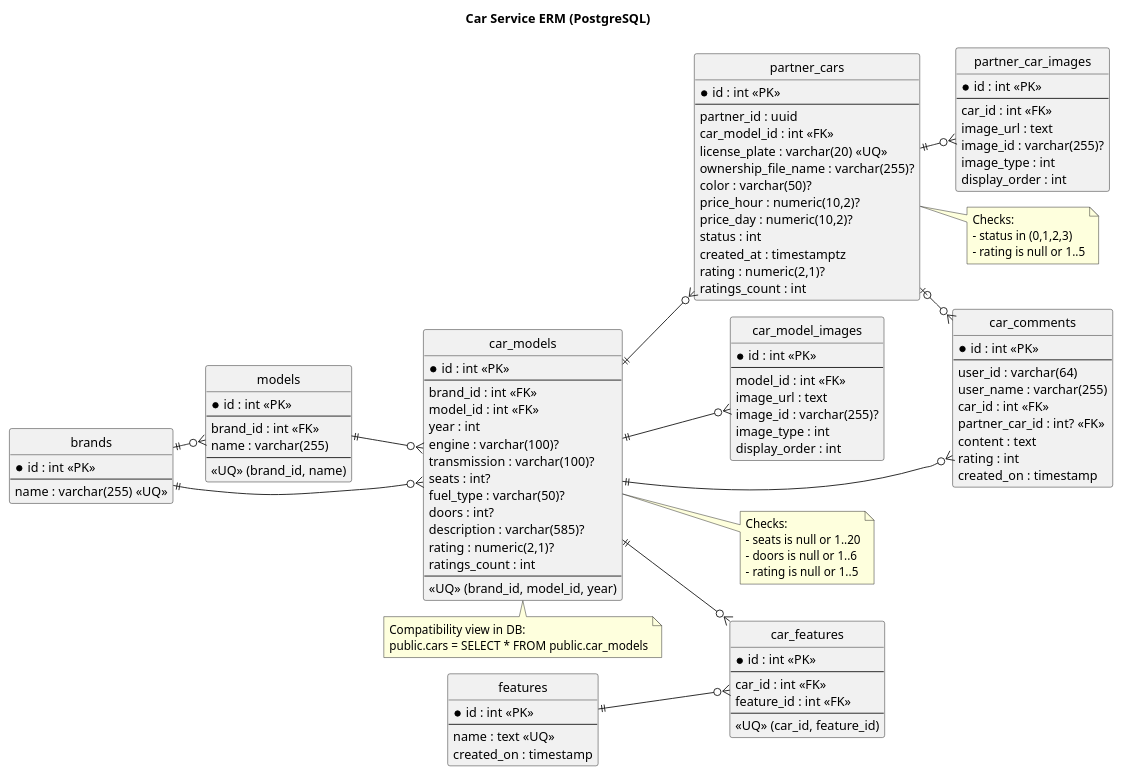
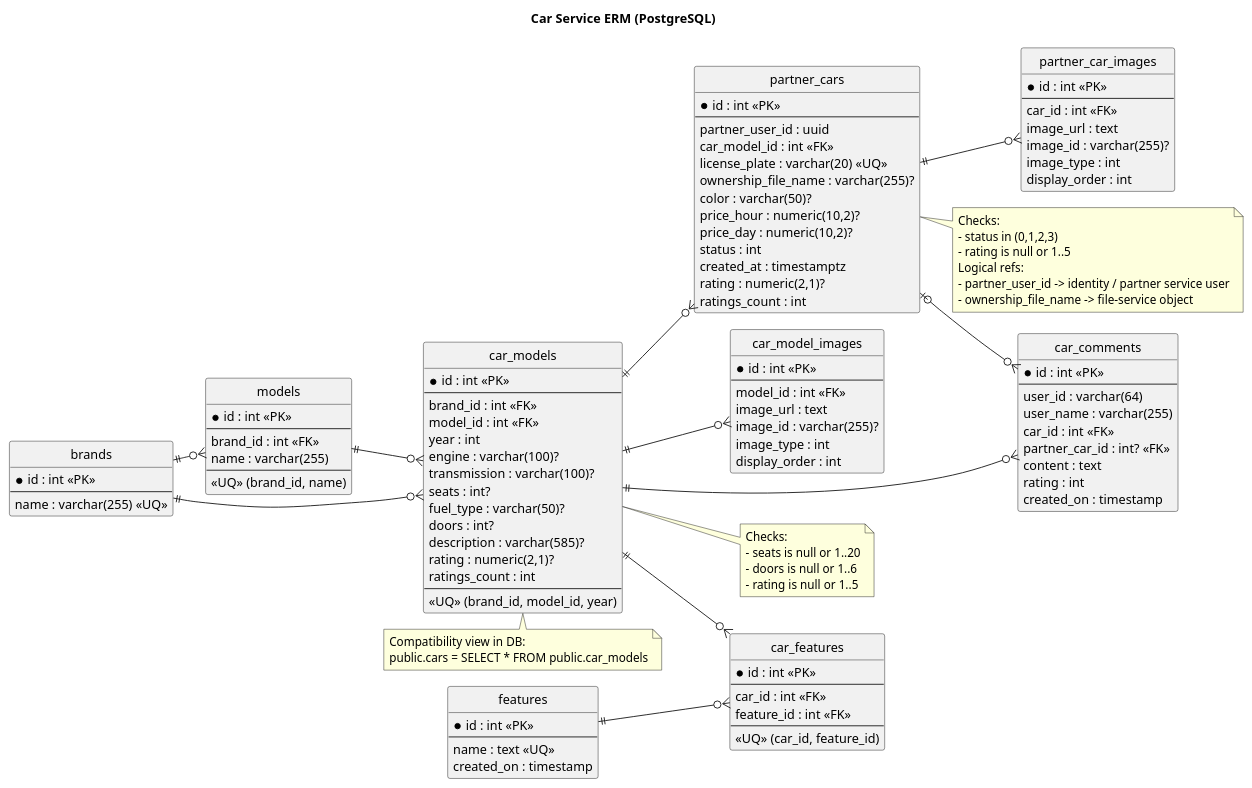
One commit to Autorent-Project-2025/kbtu-diploma-project-2026 changed the diagram in backend/external/car-service/docs/car-service-erm.puml. Above: the diagram before and after it, drawn with PlantUML. The commit also changed 22 other files, not shown here.

```diff
--- a/backend/external/car-service/docs/car-service-erm.puml
+++ b/backend/external/car-service/docs/car-service-erm.puml
@@ -1,139 +1,142 @@
 @startuml
 !pragma layout smetana
 
 left to right direction
 hide circle
 skinparam shadowing false
 skinparam linetype ortho
 skinparam packageStyle rectangle
 skinparam defaultFontName Consolas
 
 title Car Service ERM (PostgreSQL)
 
 entity "brands" as brands {
   *id : int <<PK>>
   --
   name : varchar(255) <<UQ>>
 }
 
 entity "models" as models {
   *id : int <<PK>>
   --
   brand_id : int <<FK>>
   name : varchar(255)
   --
   <<UQ>> (brand_id, name)
 }
 
 entity "car_models" as car_models {
   *id : int <<PK>>
   --
   brand_id : int <<FK>>
   model_id : int <<FK>>
   year : int
   engine : varchar(100)?
   transmission : varchar(100)?
   seats : int?
   fuel_type : varchar(50)?
   doors : int?
   description : varchar(585)?
   rating : numeric(2,1)?
   ratings_count : int
   --
   <<UQ>> (brand_id, model_id, year)
 }
 
 entity "partner_cars" as partner_cars {
   *id : int <<PK>>
   --
-  partner_id : uuid
+  partner_user_id : uuid
   car_model_id : int <<FK>>
   license_plate : varchar(20) <<UQ>>
   ownership_file_name : varchar(255)?
   color : varchar(50)?
   price_hour : numeric(10,2)?
   price_day : numeric(10,2)?
   status : int
   created_at : timestamptz
   rating : numeric(2,1)?
   ratings_count : int
 }
 
 entity "car_model_images" as car_model_images {
   *id : int <<PK>>
   --
   model_id : int <<FK>>
   image_url : text
   image_id : varchar(255)?
   image_type : int
   display_order : int
 }
 
 entity "partner_car_images" as partner_car_images {
   *id : int <<PK>>
   --
   car_id : int <<FK>>
   image_url : text
   image_id : varchar(255)?
   image_type : int
   display_order : int
 }
 
 entity "features" as features {
   *id : int <<PK>>
   --
   name : text <<UQ>>
   created_on : timestamp
 }
 
 entity "car_features" as car_features {
   *id : int <<PK>>
   --
   car_id : int <<FK>>
   feature_id : int <<FK>>
   --
   <<UQ>> (car_id, feature_id)
 }
 
 entity "car_comments" as car_comments {
   *id : int <<PK>>
   --
   user_id : varchar(64)
   user_name : varchar(255)
   car_id : int <<FK>>
   partner_car_id : int? <<FK>>
   content : text
   rating : int
   created_on : timestamp
 }
 
 brands ||--o{ models
 brands ||--o{ car_models
 models ||--o{ car_models
 car_models ||--o{ partner_cars
 car_models ||--o{ car_model_images
 partner_cars ||--o{ partner_car_images
 car_models ||--o{ car_features
 features ||--o{ car_features
 car_models ||--o{ car_comments
 partner_cars |o--o{ car_comments
 
 note right of car_models
 Checks:
 - seats is null or 1..20
 - doors is null or 1..6
 - rating is null or 1..5
 end note
 
 note right of partner_cars
 Checks:
 - status in (0,1,2,3)
 - rating is null or 1..5
+Logical refs:
+- partner_user_id -> identity / partner service user
+- ownership_file_name -> file-service object
 end note
 
 note bottom of car_models
 Compatibility view in DB:
 public.cars = SELECT * FROM public.car_models
 end note
 
 @enduml
```
